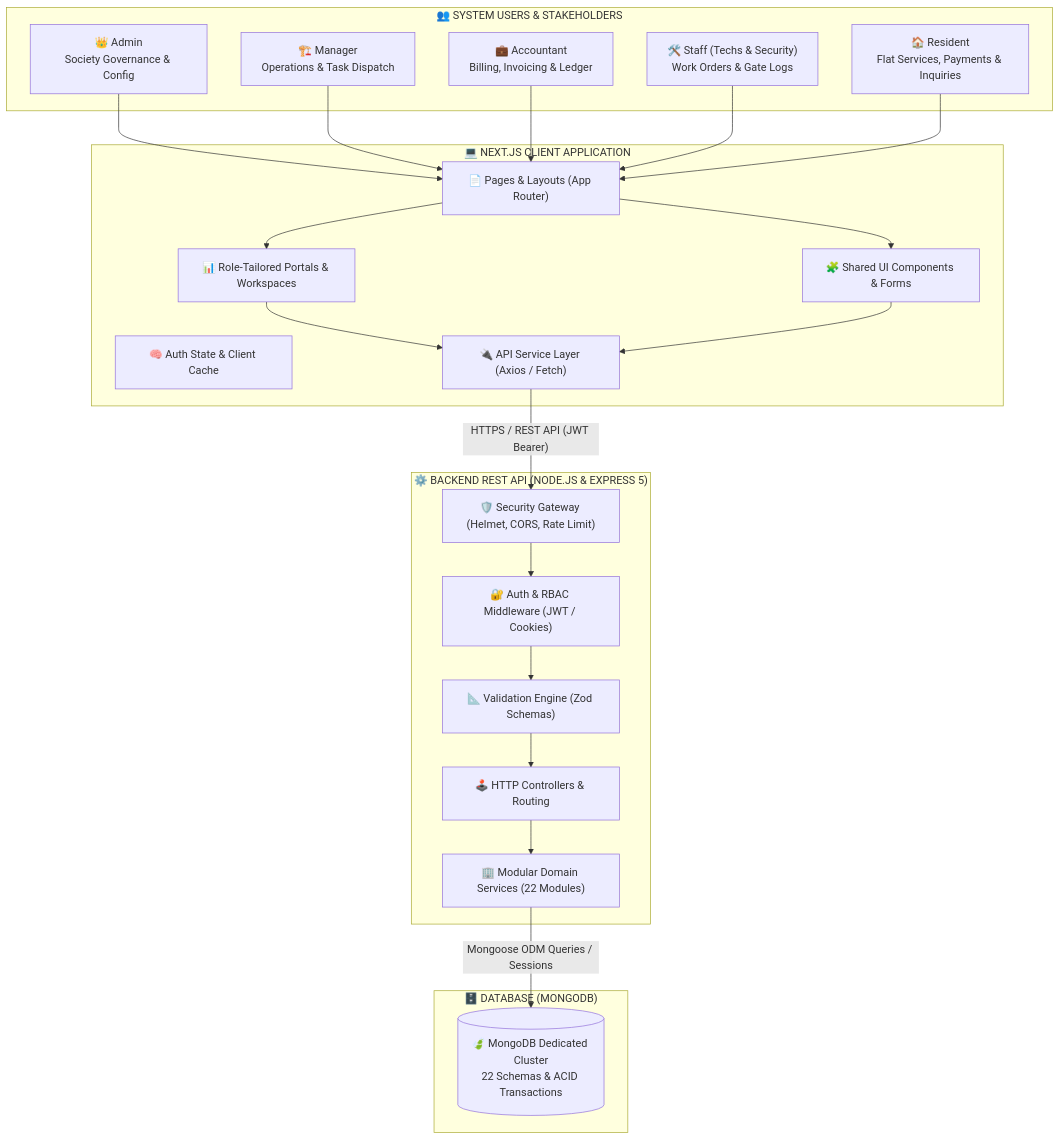
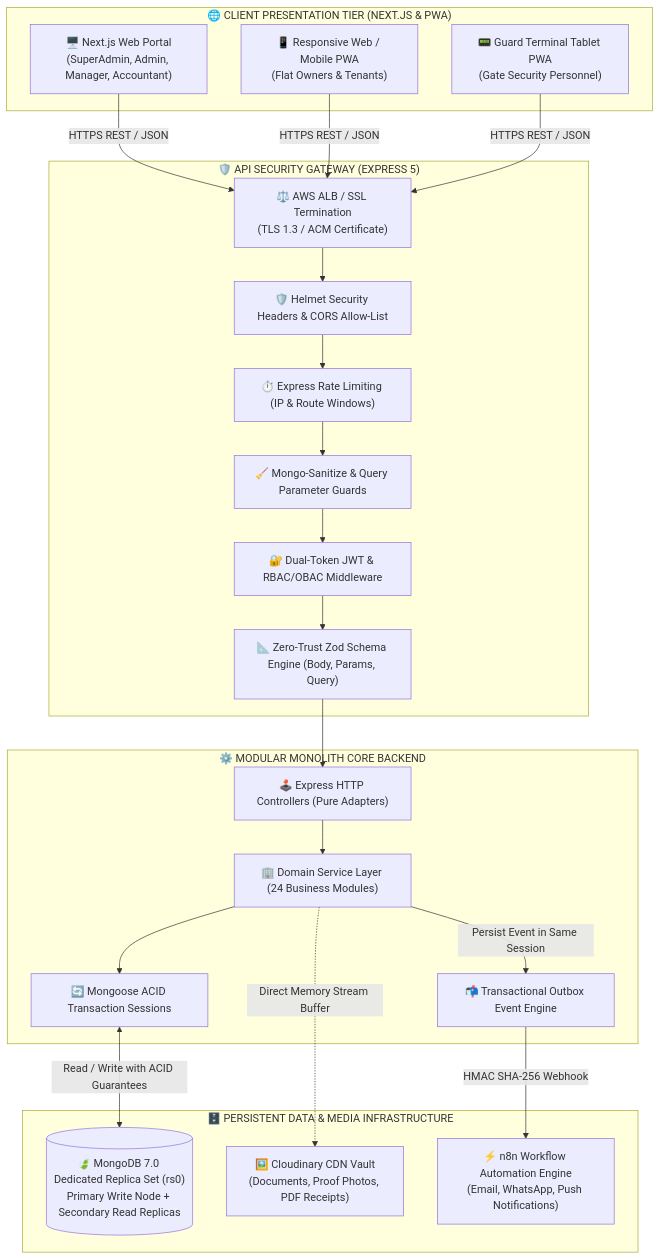
Before and after one commit to umarxcodes/flat-maintenance-system: the third of 16 diagrams in flat-maintenance-backend/docs/BACKEND_TECHNICAL_DOCUMENTATION.md, drawn with Mermaid. The commit also changed other lines of this file, not shown here.

Commit message:
docs(architecture): upgrade master backend technical documentation to enterprise SSOT

````diff
--- a/flat-maintenance-backend/docs/BACKEND_TECHNICAL_DOCUMENTATION.md
+++ b/flat-maintenance-backend/docs/BACKEND_TECHNICAL_DOCUMENTATION.md
@@ -174,46 +713,49 @@
 ```mermaid
 graph TD
-    subgraph UsersTier["👥 SYSTEM USERS & STAKEHOLDERS"]
-        Admin["👑 Admin<br/>Society Governance & Config"]
-        Manager["🏗️ Manager<br/>Operations & Task Dispatch"]
-        Accountant["💼 Accountant<br/>Billing, Invoicing & Ledger"]
-        Staff["🛠️ Staff (Techs & Security)<br/>Work Orders & Gate Logs"]
-        Resident["🏠 Resident<br/>Flat Services, Payments & Inquiries"]
+    subgraph ClientPresentationTier["🌐 CLIENT PRESENTATION TIER (NEXT.JS & PWA)"]
+        AdminPortal["🖥️ Next.js Web Portal<br/>(SuperAdmin, Admin, Manager, Accountant)"]
+        ResidentMobile["📱 Responsive Web / Mobile PWA<br/>(Flat Owners & Tenants)"]
+        GuardTerminal["📟 Guard Terminal Tablet PWA<br/>(Gate Security Personnel)"]
     end
 
-    subgraph ClientTier["💻 NEXT.JS CLIENT APPLICATION"]
-        Pages["📄 Pages & Layouts (App Router)"]
-        Dashboards["📊 Role-Tailored Portals & Workspaces"]
-        Components["🧩 Shared UI Components & Forms"]
-        ClientState["🧠 Auth State & Client Cache"]
-        ApiClient["🔌 API Service Layer (Axios / Fetch)"]
+    subgraph SecurityGatewayTier["🛡️ API SECURITY GATEWAY (EXPRESS 5)"]
+        ReverseProxy["⚖️ AWS ALB / SSL Termination<br/>(TLS 1.3 / ACM Certificate)"]
+        SecHeaders["🛡️ Helmet Security Headers & CORS Allow-List"]
+        RateLimiter["⏱️ Express Rate Limiting (IP & Route Windows)"]
+        Sanitizer["🧹 Mongo-Sanitize & Query Parameter Guards"]
+        AuthMiddleware["🔐 Dual-Token JWT & RBAC/OBAC Middleware"]
+        ValidationMiddleware["📐 Zero-Trust Zod Schema Engine (Body, Params, Query)"]
     end
 
-    subgraph BackendTier["⚙️ BACKEND REST API (NODE.JS & EXPRESS 5)"]
-        Gateways["🛡️ Security Gateway (Helmet, CORS, Rate Limit)"]
-        AuthModule["🔐 Auth & RBAC Middleware (JWT / Cookies)"]
-        Validation["📐 Validation Engine (Zod Schemas)"]
-        Controllers["🕹️ HTTP Controllers & Routing"]
-        BusinessLogic["🏢 Modular Domain Services (22 Modules)"]
+    subgraph ApplicationDomainTier["⚙️ MODULAR MONOLITH CORE BACKEND"]
+        ControllerLayer["🕹️ Express HTTP Controllers (Pure Adapters)"]
+        DomainServiceLayer["🏢 Domain Service Layer (24 Business Modules)"]
+        TransactionManager["🔄 Mongoose ACID Transaction Sessions"]
+        OutboxWorker["📬 Transactional Outbox Event Engine"]
     end
 
-    subgraph DataTier["🗄️ DATABASE (MONGODB)"]
-        MongoDb[("🍃 MongoDB Dedicated Cluster<br/>22 Schemas & ACID Transactions")]
+    subgraph PersistentDataTier["🗄️ PERSISTENT DATA & MEDIA INFRASTRUCTURE"]
+        PrimaryMongo[("🍃 MongoDB 7.0 Dedicated Replica Set (rs0)<br/>Primary Write Node + Secondary Read Replicas")]
+        CloudinaryVault["🖼️ Cloudinary CDN Vault<br/>(Documents, Proof Photos, PDF Receipts)"]
+        n8nAutomation["⚡ n8n Workflow Automation Engine<br/>(Email, WhatsApp, Push Notifications)"]
     end
 
-    Admin --> Pages
-    Manager --> Pages
-    Accountant --> Pages
-    Staff --> Pages
-    Resident --> Pages
-    Pages --> Dashboards
-    Pages --> Components
-    Dashboards --> ApiClient
-    Components --> ApiClient
-    ApiClient -->|"HTTPS / REST API (JWT Bearer)"| Gateways
-    Gateways --> AuthModule
-    AuthModule --> Validation
-    Validation --> Controllers
-    Controllers --> BusinessLogic
-    BusinessLogic -->|"Mongoose ODM Queries / Sessions"| MongoDb
+    AdminPortal -->|HTTPS REST / JSON| ReverseProxy
+    ResidentMobile -->|HTTPS REST / JSON| ReverseProxy
+    GuardTerminal -->|HTTPS REST / JSON| ReverseProxy
+
+    ReverseProxy --> SecHeaders
+    SecHeaders --> RateLimiter
+    RateLimiter --> Sanitizer
+    Sanitizer --> AuthMiddleware
+    AuthMiddleware --> ValidationMiddleware
+    ValidationMiddleware --> ControllerLayer
+
+    ControllerLayer --> DomainServiceLayer
+    DomainServiceLayer --> TransactionManager
+    TransactionManager <-->|Read / Write with ACID Guarantees| PrimaryMongo
+
+    DomainServiceLayer -.->|Direct Memory Stream Buffer| CloudinaryVault
+    DomainServiceLayer -->|Persist Event in Same Session| OutboxWorker
+    OutboxWorker -->|HMAC SHA-256 Webhook| n8nAutomation
 ```
````
